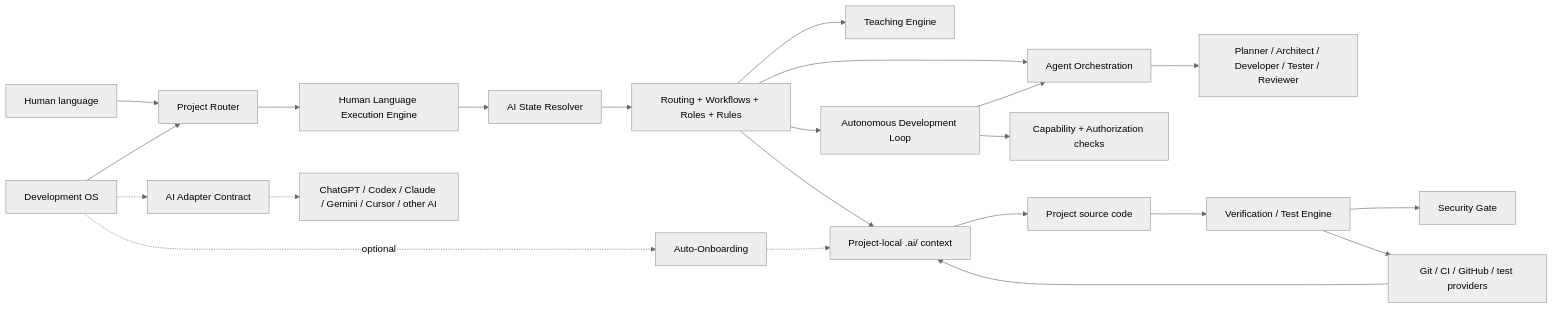
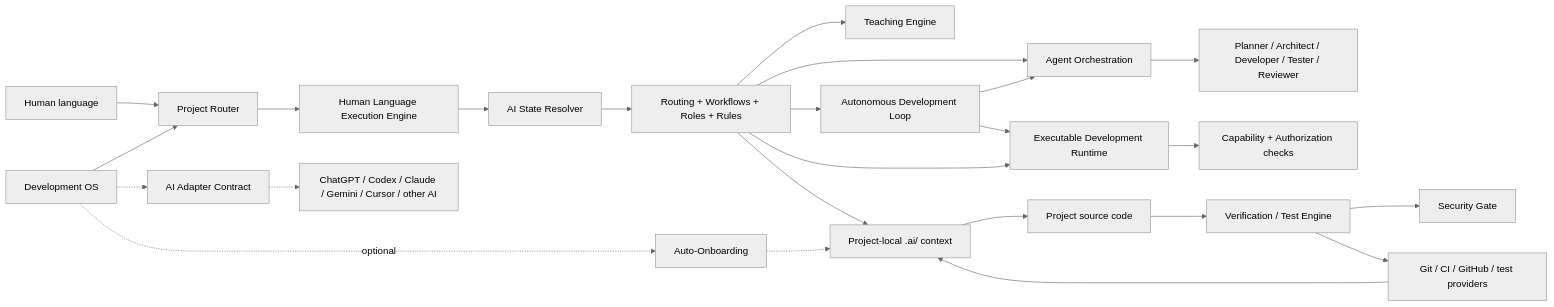
One commit to zzpsah/chatgpt-development-os changed the second of 3 diagrams in docs/ARCHITECTURE.md. Above: the diagram before and after it, drawn with Mermaid (neutral theme). The commit also changed other lines of this file, not shown here.

Commit message:
docs: add executable runtime architecture

````diff
--- a/docs/ARCHITECTURE.md
+++ b/docs/ARCHITECTURE.md
@@ -46,24 +46,26 @@
 ```mermaid
 flowchart LR
     H[Human language] --> R[Project Router]
     R --> E[Human Language Execution Engine]
     E --> SR[AI State Resolver]
     SR --> W[Routing + Workflows + Roles + Rules]
     W --> TE[Teaching Engine]
     W --> AO[Agent Orchestration]
     W --> AL[Autonomous Development Loop]
+    W --> ER[Executable Development Runtime]
     W --> PM[Project-local .ai/ context]
     AO --> ROLES[Planner / Architect / Developer / Tester / Reviewer]
     AL --> AO
-    AL --> CAP[Capability + Authorization checks]
+    AL --> ER
+    ER --> CAP[Capability + Authorization checks]
     PM --> SRC[Project source code]
     SRC --> V[Verification / Test Engine]
     V --> SG[Security Gate]
     V --> GH[Git / CI / GitHub / test providers]
     GH --> PM
     OS[Development OS] --> R
     OS -.-> AD[AI Adapter Contract]
     AD -.-> AI[ChatGPT / Codex / Claude / Gemini / Cursor / other AI]
     OS -. optional .-> AON[Auto-Onboarding]
     AON -.-> PM
 ```
````
